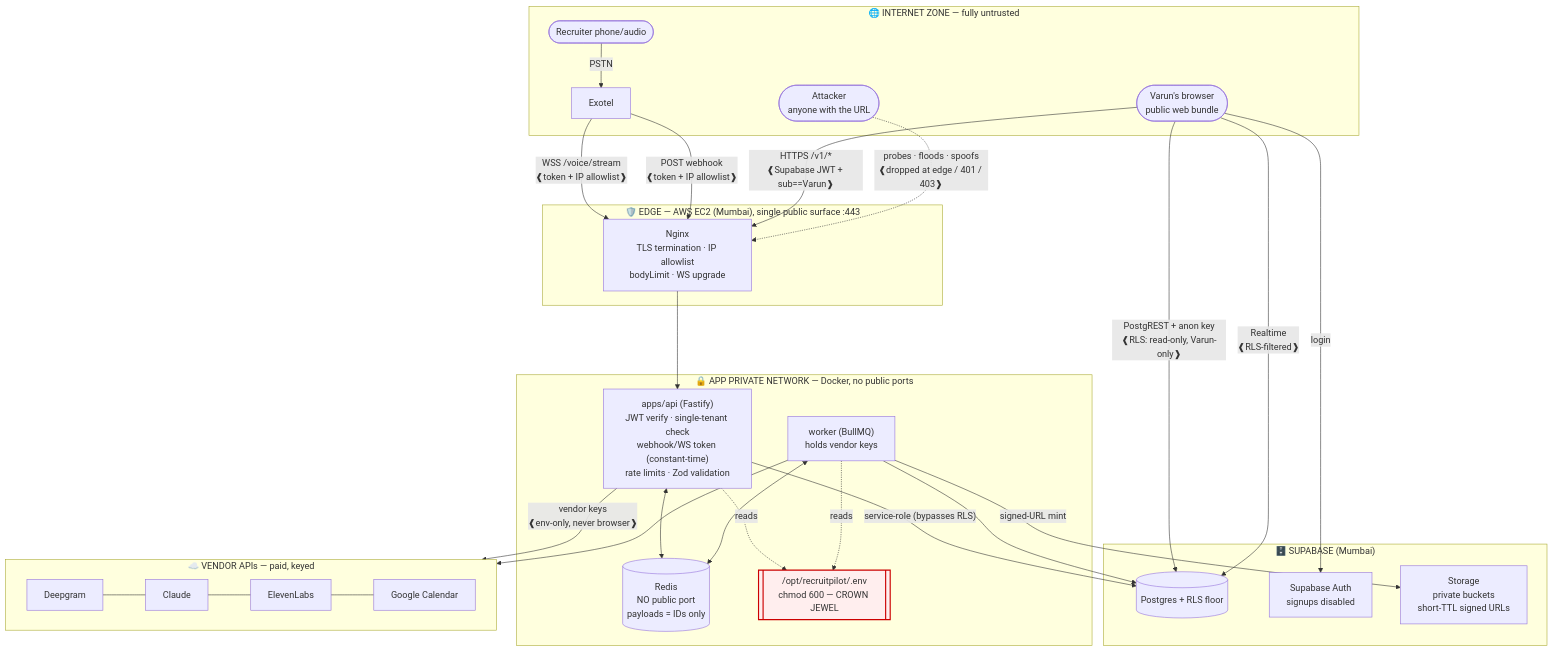
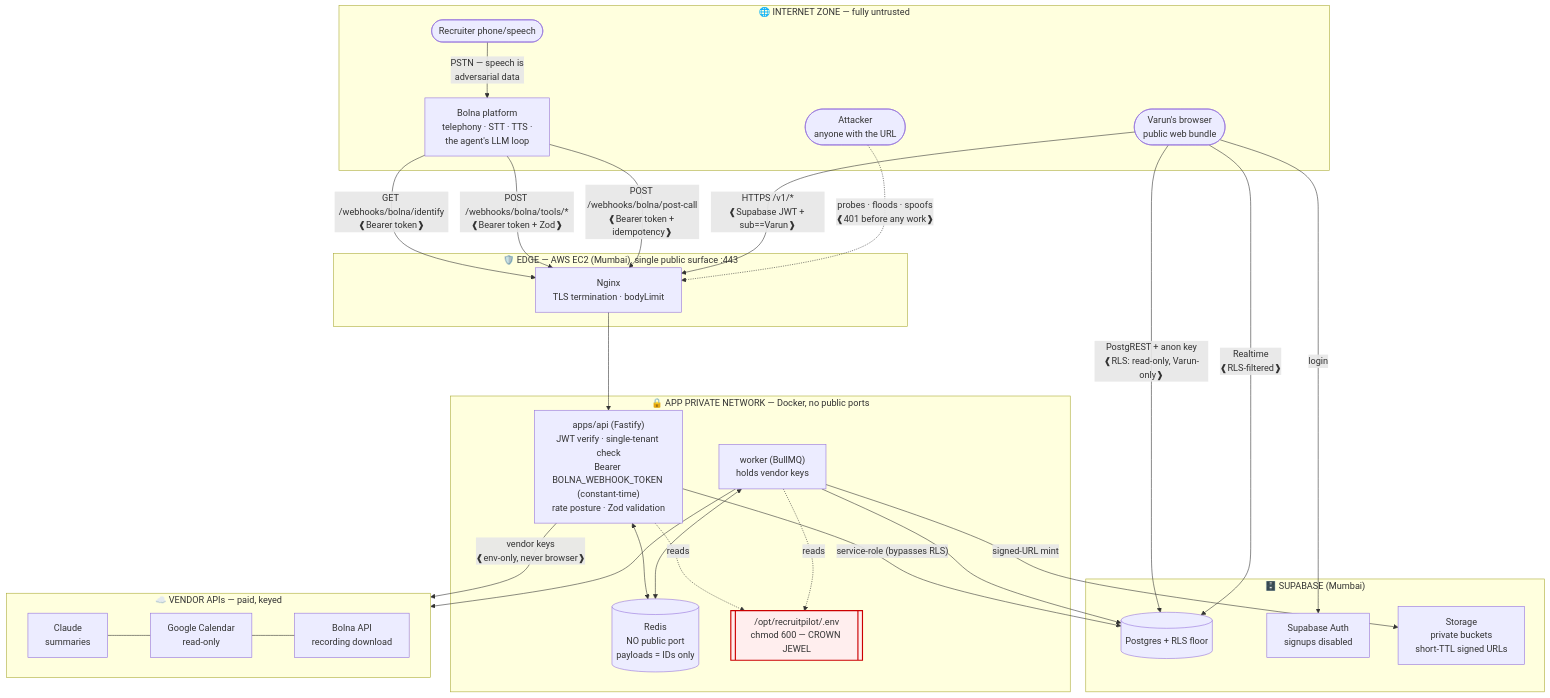
One commit to gandhi120/RecruitPilot_AI changed the diagram in docs/18_SECURITY.md. Above: the diagram before and after it, drawn with Mermaid. The commit also changed other lines of this file and 34 other files, not shown here.

First line of the commit message:
docs: pivot voice stack to Bolna; archive DIY vendor docs as phase-2 reference

````diff
--- a/docs/18_SECURITY.md
+++ b/docs/18_SECURITY.md
@@ -104,53 +106,54 @@
 ```mermaid
 flowchart TB
     subgraph INTERNET["🌐 INTERNET ZONE — fully untrusted"]
-        REC([Recruiter phone/audio])
-        EXO[Exotel]
+        REC([Recruiter phone/speech])
+        BOLNA["Bolna platform<br/>telephony · STT · TTS ·<br/>the agent's LLM loop"]
         BROW([Varun's browser<br/>public web bundle])
         ATT([Attacker<br/>anyone with the URL])
     end
 
     subgraph EDGE["🛡️ EDGE — AWS EC2 (Mumbai), single public surface :443"]
-        NGINX["Nginx<br/>TLS termination · IP allowlist<br/>bodyLimit · WS upgrade"]
+        NGINX["Nginx<br/>TLS termination · bodyLimit"]
     end
 
     subgraph PRIV["🔒 APP PRIVATE NETWORK — Docker, no public ports"]
-        API["apps/api (Fastify)<br/>JWT verify · single-tenant check<br/>webhook/WS token (constant-time)<br/>rate limits · Zod validation"]
+        API["apps/api (Fastify)<br/>JWT verify · single-tenant check<br/>Bearer BOLNA_WEBHOOK_TOKEN (constant-time)<br/>rate posture · Zod validation"]
         WORKER["worker (BullMQ)<br/>holds vendor keys"]
         REDIS[("Redis<br/>NO public port<br/>payloads = IDs only")]
         ENV[["/opt/recruitpilot/.env<br/>chmod 600 — CROWN JEWEL"]]
     end
 
     subgraph SUPA["🗄️ SUPABASE (Mumbai)"]
         PG[("Postgres + RLS floor")]
         AUTH["Supabase Auth<br/>signups disabled"]
         STOR["Storage<br/>private buckets<br/>short-TTL signed URLs"]
     end
 
     subgraph VENDORS["☁️ VENDOR APIs — paid, keyed"]
-        DG[Deepgram] --- CL[Claude] --- EL[ElevenLabs] --- GC[Google Calendar]
+        CL[Claude<br/>summaries] --- GC[Google Calendar<br/>read-only] --- BAPI[Bolna API<br/>recording download]
     end
 
-    REC -->|PSTN| EXO
-    EXO -->|"WSS /voice/stream<br/>❰token + IP allowlist❱"| NGINX
-    EXO -->|"POST webhook<br/>❰token + IP allowlist❱"| NGINX
+    REC -->|"PSTN — speech is<br/>adversarial data"| BOLNA
+    BOLNA -->|"GET /webhooks/bolna/identify<br/>❰Bearer token❱"| NGINX
+    BOLNA -->|"POST /webhooks/bolna/tools/*<br/>❰Bearer token + Zod❱"| NGINX
+    BOLNA -->|"POST /webhooks/bolna/post-call<br/>❰Bearer token + idempotency❱"| NGINX
     BROW -->|"HTTPS /v1/*<br/>❰Supabase JWT + sub==Varun❱"| NGINX
     BROW -->|"PostgREST + anon key<br/>❰RLS: read-only, Varun-only❱"| PG
     BROW -->|"Realtime<br/>❰RLS-filtered❱"| PG
-    ATT -.->|"probes · floods · spoofs<br/>❰dropped at edge / 401 / 403❱"| NGINX
+    ATT -.->|"probes · floods · spoofs<br/>❰401 before any work❱"| NGINX
 
     NGINX --> API
     API <--> REDIS
     WORKER <--> REDIS
     API -.reads.-> ENV
     WORKER -.reads.-> ENV
     API -->|"service-role (bypasses RLS)"| PG
     WORKER --> PG
     WORKER -->|signed-URL mint| STOR
     BROW -->|login| AUTH
     API -->|"vendor keys<br/>❰env-only, never browser❱"| VENDORS
     WORKER --> VENDORS
 
     class ENV crown;
     classDef crown fill:#fee,stroke:#c00,stroke-width:2px;
 ```
````
